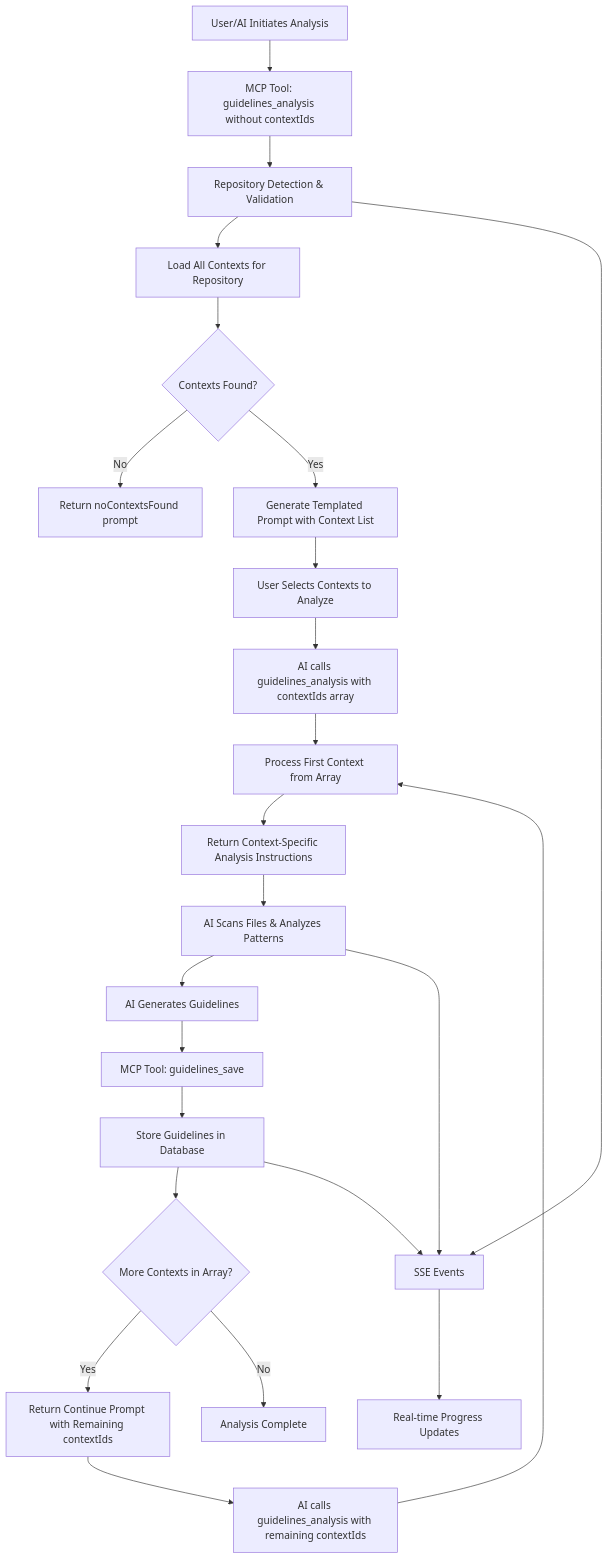
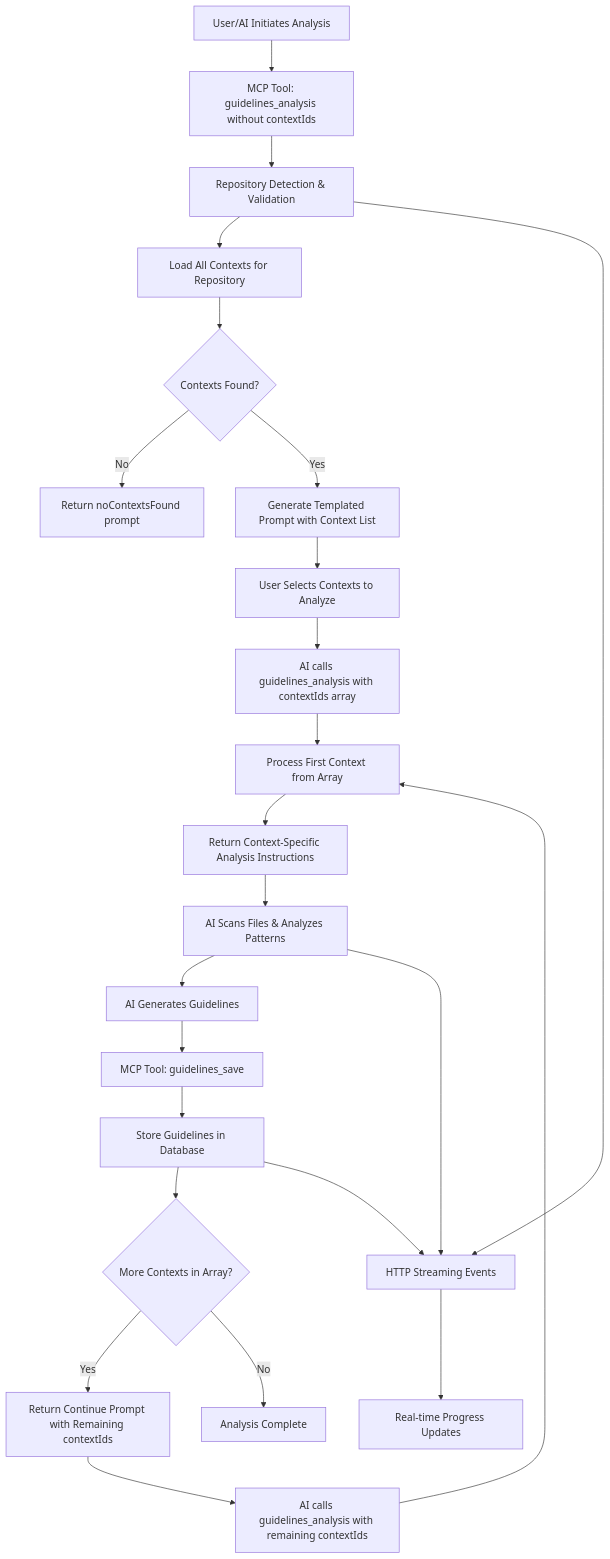
Before and after one commit to bettercontext/btrx: the diagram in docs/user-guide/guidelines-analysis.md, drawn with Mermaid. The commit also changed other lines of this file and 14 other files, not shown here.

Commit message:
feat: migrate from SSE to HTTP streamable transport

````diff
--- a/docs/user-guide/guidelines-analysis.md
+++ b/docs/user-guide/guidelines-analysis.md
@@ -17,30 +17,30 @@
 ```mermaid
 graph TD
     A[User/AI Initiates Analysis] --> B[MCP Tool: guidelines_analysis without contextIds]
     B --> C[Repository Detection & Validation]
     C --> D[Load All Contexts for Repository]
     D --> E{Contexts Found?}
     E -->|No| F[Return noContextsFound prompt]
     E -->|Yes| G[Generate Templated Prompt with Context List]
     G --> H[User Selects Contexts to Analyze]
     H --> I[AI calls guidelines_analysis with contextIds array]
 
     I --> J[Process First Context from Array]
     J --> K[Return Context-Specific Analysis Instructions]
     K --> L[AI Scans Files & Analyzes Patterns]
     L --> M[AI Generates Guidelines]
     M --> N[MCP Tool: guidelines_save]
     N --> O[Store Guidelines in Database]
     O --> P{More Contexts in Array?}
 
     P -->|Yes| Q[Return Continue Prompt with Remaining contextIds]
     Q --> R[AI calls guidelines_analysis with remaining contextIds]
     R --> J
 
     P -->|No| S[Analysis Complete]
 
-    T[SSE Events] --> U[Real-time Progress Updates]
+    T[HTTP Streaming Events] --> U[Real-time Progress Updates]
     C --> T
     L --> T
     O --> T
 ```
````
